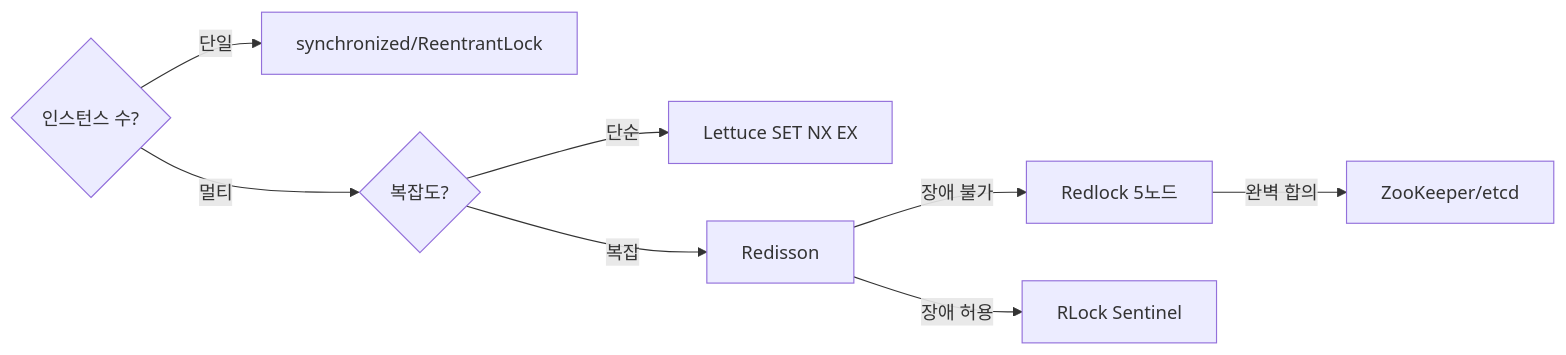
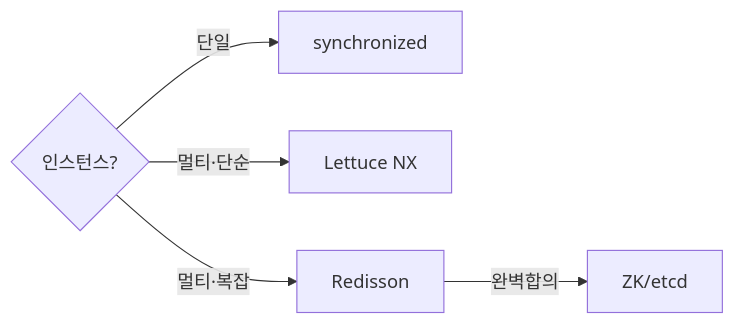
Before and after one commit to yjkim2015/yjkim2015.github.io: diagram 15 of 15 in _posts/redis/2026-05-01-redis-distributed-lock.md, drawn with Mermaid. The commit also changed other lines of this file, not shown here.

First line of the commit message:
Redis 분산락: Mermaid 15개 블록 전부 축소 (3~4노드)

````diff
--- a/_posts/redis/2026-05-01-redis-distributed-lock.md
+++ b/_posts/redis/2026-05-01-redis-distributed-lock.md
@@ -1054,10 +1009,7 @@
 ```mermaid
-flowchart LR
-    Q1{인스턴스 수?} -->|단일| SYNC[synchronized/ReentrantLock]
-    Q1 -->|멀티| Q2{복잡도?}
-    Q2 -->|단순| LETTUCE[Lettuce SET NX EX]
-    Q2 -->|복잡| REDISSON[Redisson]
-    REDISSON -->|장애 불가| REDLOCK[Redlock 5노드]
-    REDLOCK -->|완벽 합의| ZK[ZooKeeper/etcd]
-    REDISSON -->|장애 허용| RLOCK[RLock Sentinel]
+graph LR
+    Q{"인스턴스?"} -->|단일| S["synchronized"]
+    Q -->|멀티·단순| L["Lettuce NX"]
+    Q -->|멀티·복잡| R["Redisson"]
+    R -->|완벽합의| Z["ZK/etcd"]
 ```
````
